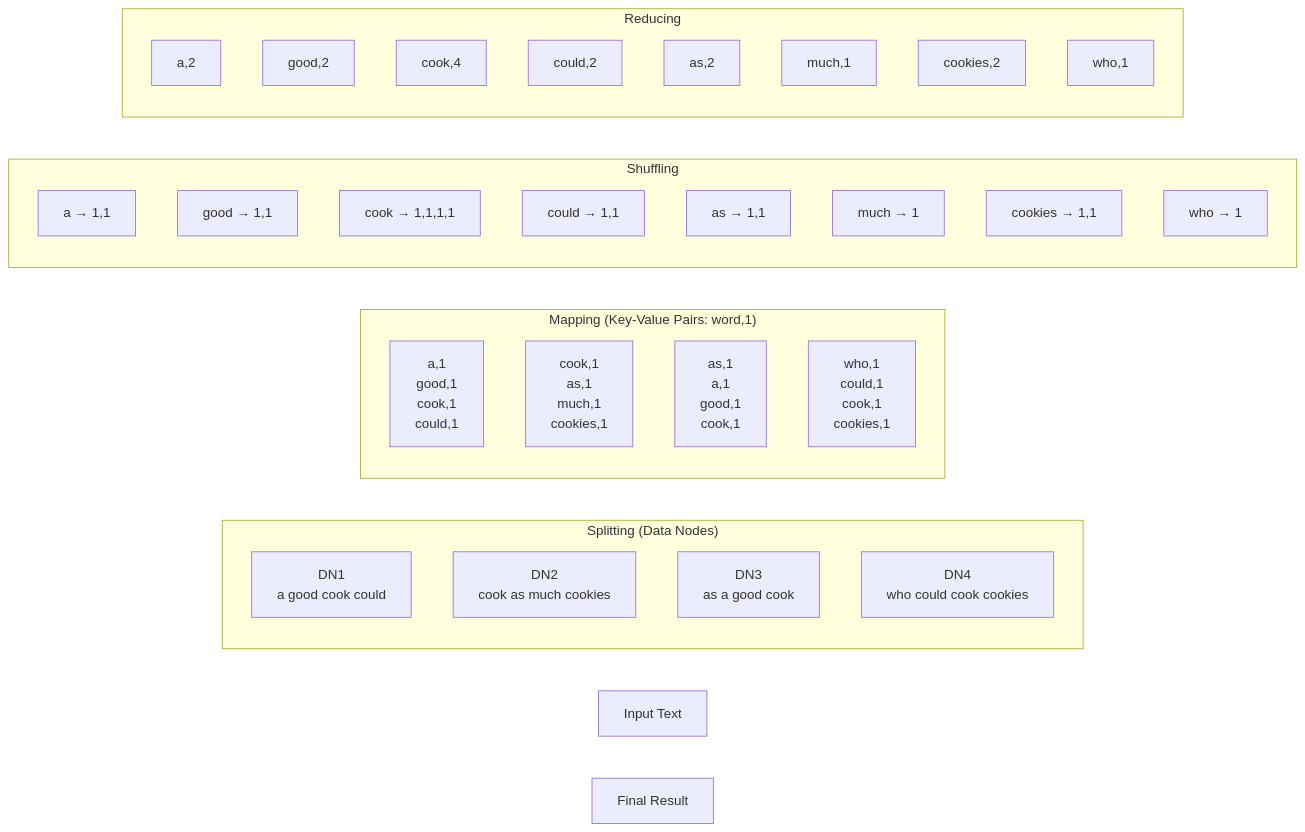
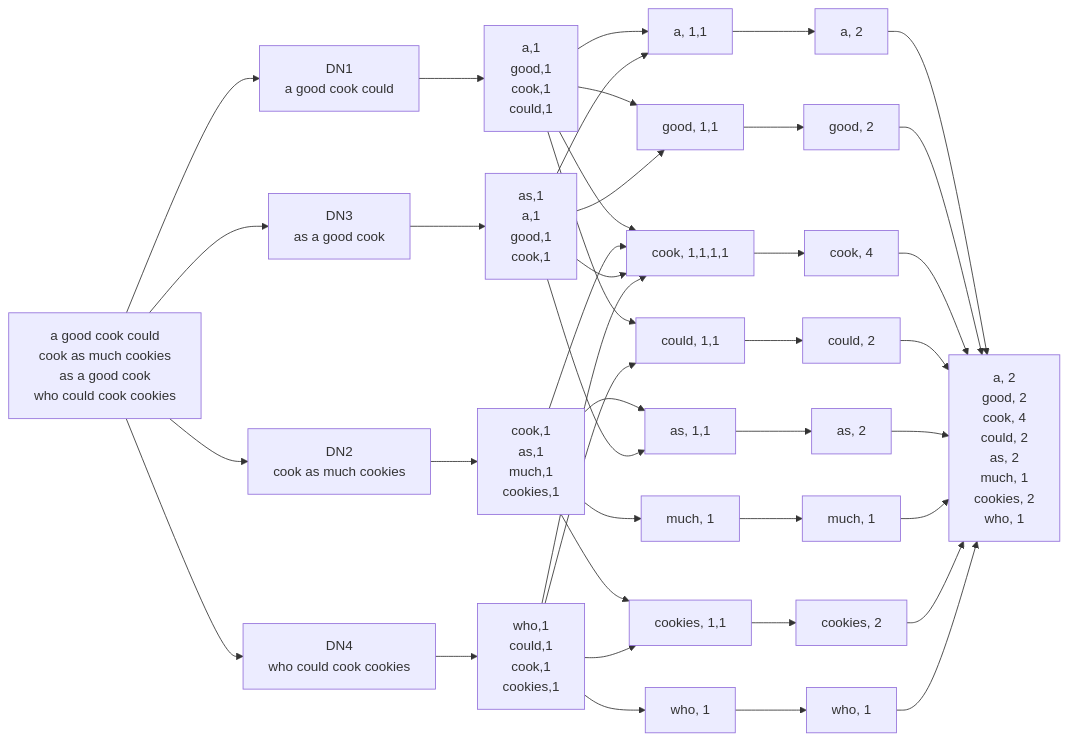
Before and after one commit to Ayush-Mgr/Node-Notes: the third of 3 diagrams in vault/DataScience/Stats/notes/0. Big data intro.md, drawn with Mermaid. The commit also changed other lines of this file and 1 other file, not shown here.

Commit message:
vault backup: 2026-06-24 11:27:28
Affected files:
vault/.obsidian/workspace.json
vault/DataScience/Stats/notes/0. Big data intro.md

````diff
--- a/vault/DataScience/Stats/notes/0. Big data intro.md
+++ b/vault/DataScience/Stats/notes/0. Big data intro.md
@@ -119,43 +121,83 @@
 ```mermaid
 flowchart LR
 
-    Input["Input Text"]
+    I["a good cook could<br/>cook as much cookies<br/>as a good cook<br/>who could cook cookies"]
 
-    subgraph Splitting["Splitting (Data Nodes)"]
-        D1["DN1<br>a good cook could"]
-        D2["DN2<br>cook as much cookies"]
-        D3["DN3<br>as a good cook"]
-        D4["DN4<br>who could cook cookies"]
-    end
+    D1["DN1<br/>a good cook could"]
+    D2["DN2<br/>cook as much cookies"]
+    D3["DN3<br/>as a good cook"]
+    D4["DN4<br/>who could cook cookies"]
 
-    subgraph Mapping["Mapping (Key-Value Pairs: word,1)"]
-        M1["a,1<br>good,1<br>cook,1<br>could,1"]
-        M2["cook,1<br>as,1<br>much,1<br>cookies,1"]
-        M3["as,1<br>a,1<br>good,1<br>cook,1"]
-        M4["who,1<br>could,1<br>cook,1<br>cookies,1"]
-    end
+    M1["a,1<br/>good,1<br/>cook,1<br/>could,1"]
+    M2["cook,1<br/>as,1<br/>much,1<br/>cookies,1"]
+    M3["as,1<br/>a,1<br/>good,1<br/>cook,1"]
+    M4["who,1<br/>could,1<br/>cook,1<br/>cookies,1"]
 
-    subgraph Shuffling
-        S1["a → 1,1"]
-        S2["good → 1,1"]
-        S3["cook → 1,1,1,1"]
-        S4["could → 1,1"]
-        S5["as → 1,1"]
-        S6["much → 1"]
-        S7["cookies → 1,1"]
-        S8["who → 1"]
-    end
+    S1["a, 1,1"]
+    S2["good, 1,1"]
+    S3["cook, 1,1,1,1"]
+    S4["could, 1,1"]
+    S5["as, 1,1"]
+    S6["much, 1"]
+    S7["cookies, 1,1"]
+    S8["who, 1"]
 
-    subgraph Reducing
-        R1["a,2"]
-        R2["good,2"]
-        R3["cook,4"]
-        R4["could,2"]
-        R5["as,2"]
-        R6["much,1"]
-        R7["cookies,2"]
-        R8["who,1"]
-    end
+    R1["a, 2"]
+    R2["good, 2"]
+    R3["cook, 4"]
+    R4["could, 2"]
+    R5["as, 2"]
+    R6["much, 1"]
+    R7["cookies, 2"]
+    R8["who, 1"]
 
-    Final["Final Result"]
+    F["a, 2<br/>good, 2<br/>cook, 4<br/>could, 2<br/>as, 2<br/>much, 1<br/>cookies, 2<br/>who, 1"]
+
+    I --> D1
+    I --> D2
+    I --> D3
+    I --> D4
+
+    D1 --> M1
+    D2 --> M2
+    D3 --> M3
+    D4 --> M4
+
+    M1 --> S1
+    M1 --> S2
+    M1 --> S3
+    M1 --> S4
+
+    M2 --> S3
+    M2 --> S5
+    M2 --> S6
+    M2 --> S7
+
+    M3 --> S1
+    M3 --> S2
+    M3 --> S3
+    M3 --> S5
+
+    M4 --> S8
+    M4 --> S4
+    M4 --> S3
+    M4 --> S7
+
+    S1 --> R1
+    S2 --> R2
+    S3 --> R3
+    S4 --> R4
+    S5 --> R5
+    S6 --> R6
+    S7 --> R7
+    S8 --> R8
+
+    R1 --> F
+    R2 --> F
+    R3 --> F
+    R4 --> F
+    R5 --> F
+    R6 --> F
+    R7 --> F
+    R8 --> F
 ```
````
